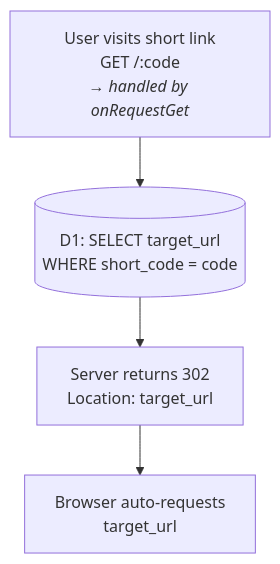
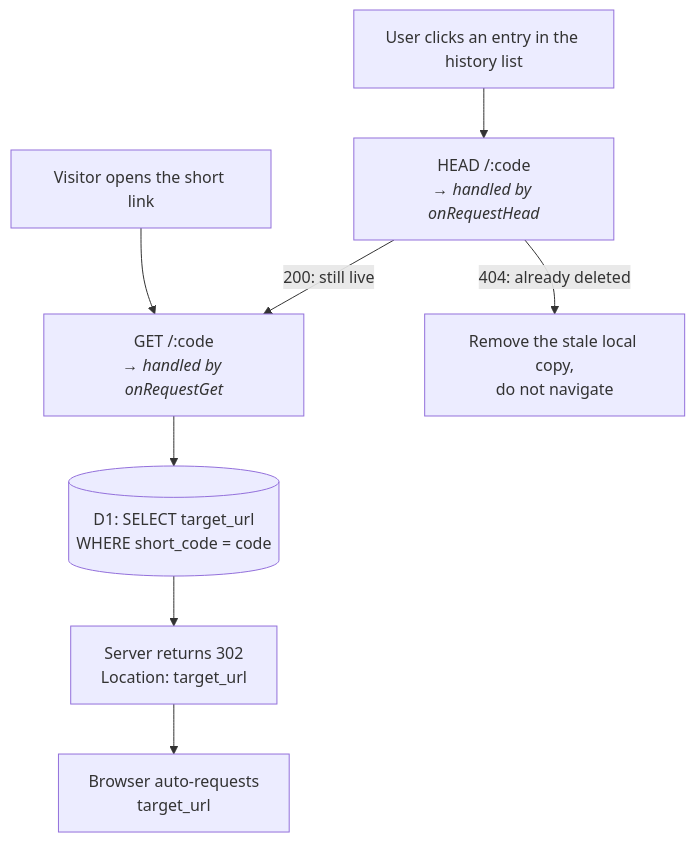
One commit to Ming-Hao/PracticeCloudflareService changed the third of 3 diagrams in README.md. Above: the diagram before and after it, drawn with Mermaid. The commit also changed other lines of this file and 1 other file, not shown here.

First line of the commit message:
docs: document onRequestHead in the README

````diff
--- a/README.md
+++ b/README.md
@@ -180,6 +195,10 @@
 ```mermaid
 flowchart TD
-    E[User visits short link<br/>GET /:code<br/><i>→ handled by onRequestGet</i>] --> F[(D1: SELECT target_url<br/>WHERE short_code = code)]
+    A[Visitor opens the short link] --> D[GET /:code<br/><i>→ handled by onRequestGet</i>]
+    B[User clicks an entry in the history list] --> C[HEAD /:code<br/><i>→ handled by onRequestHead</i>]
+    C -->|404: already deleted| X[Remove the stale local copy,<br/>do not navigate]
+    C -->|200: still live| D
+    D --> F[(D1: SELECT target_url<br/>WHERE short_code = code)]
     F --> G[Server returns 302<br/>Location: target_url]
     G --> H[Browser auto-requests<br/>target_url]
 ```
````
